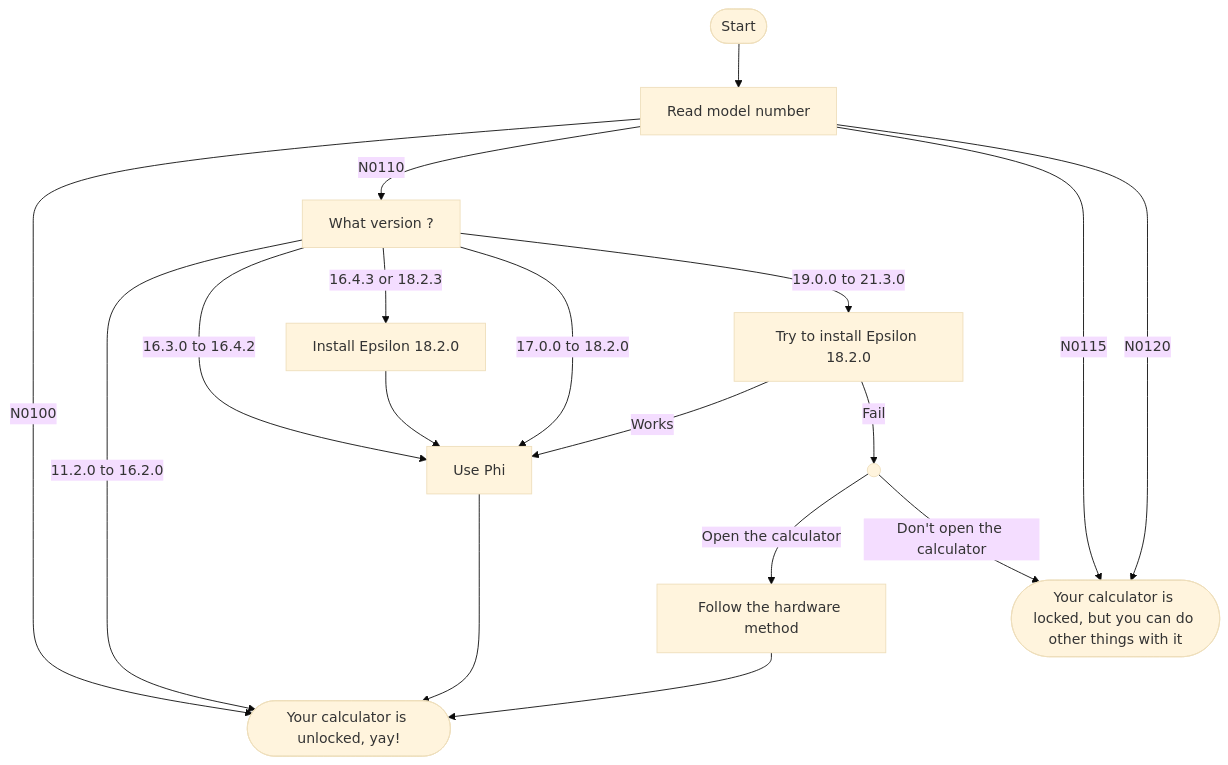
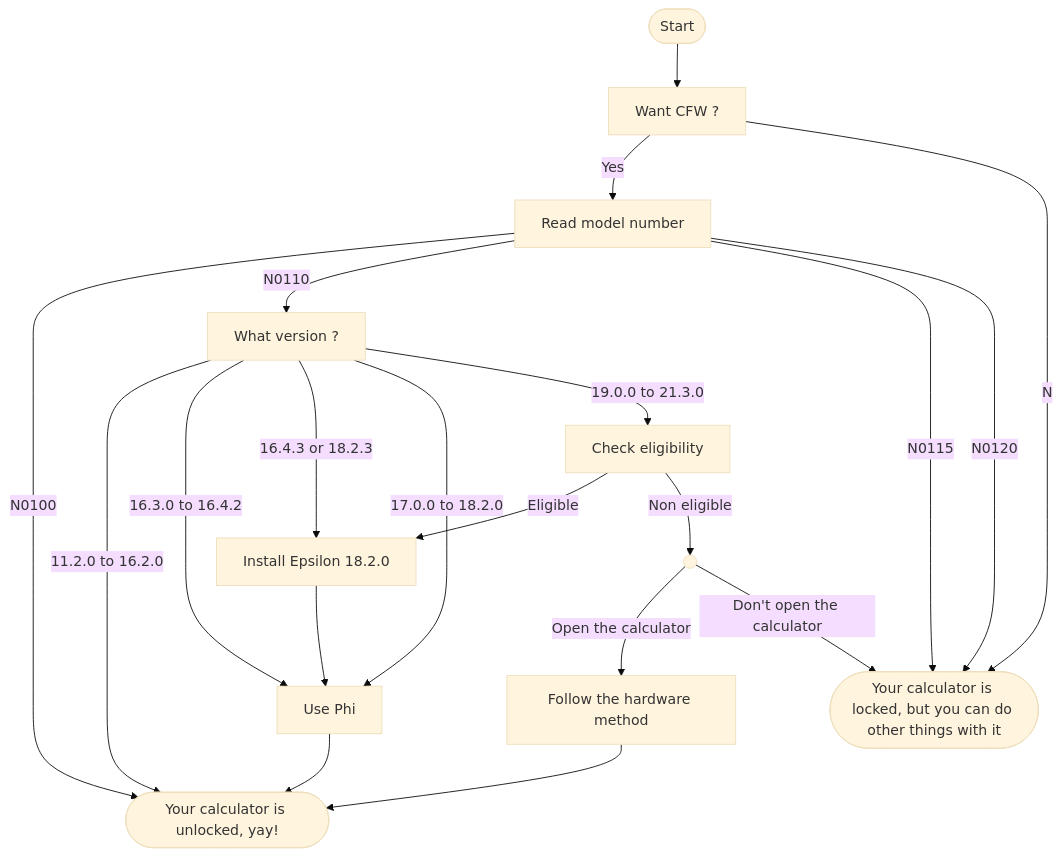
Before and after one commit to Omega-Numworks/Omega-Guide: the diagram in docs/flowchart.md, drawn with Mermaid (base theme). The commit also changed other lines of this file and 7 other files, not shown here.

````diff
--- a/docs/flowchart.md
+++ b/docs/flowchart.md
@@ -9,21 +12,23 @@
 ```mermaid
 flowchart TD
-    start([Start]) --> model_number[Read model number]
     calc_unlocked([Your calculator is unlocked, yay!])
     calc_locked([Your calculator is locked, but you can do other things with it])
+    start([Start]) --> want_cfw[Want CFW ?]
+    want_cfw --Yes--> model_number[Read model number]
+    want_cfw --No--> calc_locked
     model_number --N0100--> calc_unlocked
     model_number --N0110--> check_version[What version ?]
     model_number --N0115--> calc_locked
     model_number --N0120--> calc_locked
     check_version --11.2.0 to 16.2.0--> calc_unlocked
     check_version --16.3.0 to 16.4.2--> phi[Use Phi]
     check_version --16.4.3 or 18.2.3--> install_18_2_0[Install Epsilon 18.2.0]
     check_version --17.0.0 to 18.2.0--> phi
-    check_version --19.0.0 to 21.3.0--> try_downgrade[Try to install Epsilon 18.2.0]
-    try_downgrade --Works--> phi
-    try_downgrade --Fail--> downgrade_fail(( )) --Open the calculator--> hardware_method[Follow the hardware method]
+    check_version --19.0.0 to 21.3.0--> downgrade_check[Check eligibility]
+    downgrade_check --Eligible--> install_18_2_0
+    downgrade_check --Non eligible--> downgrade_fail(( )) --Open the calculator--> hardware_method[Follow the hardware method]
     downgrade_fail --Don't open the calculator--> calc_locked
     install_18_2_0 --> phi
     
     phi & hardware_method --> calc_unlocked
 ```
````
